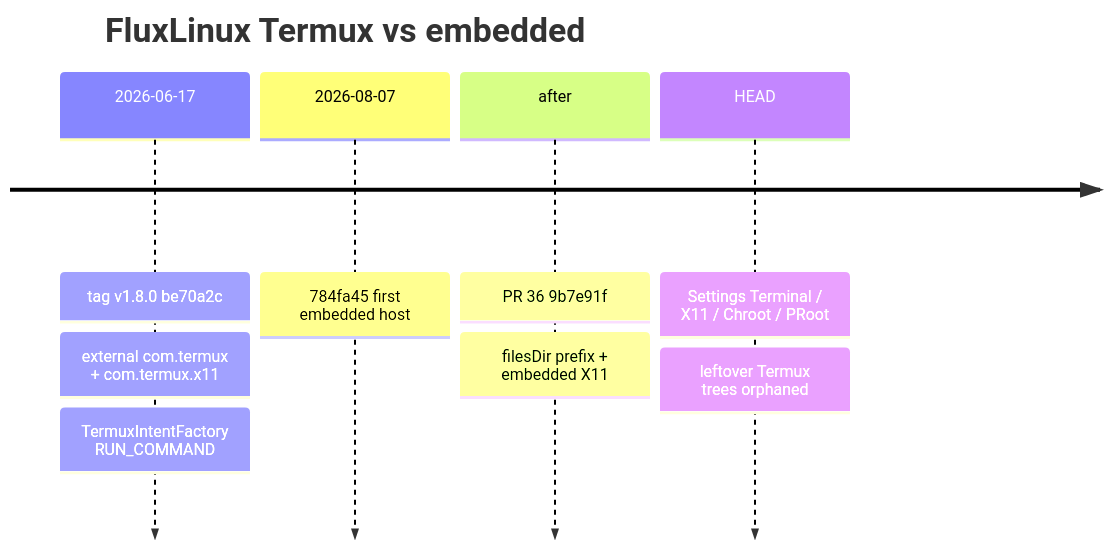
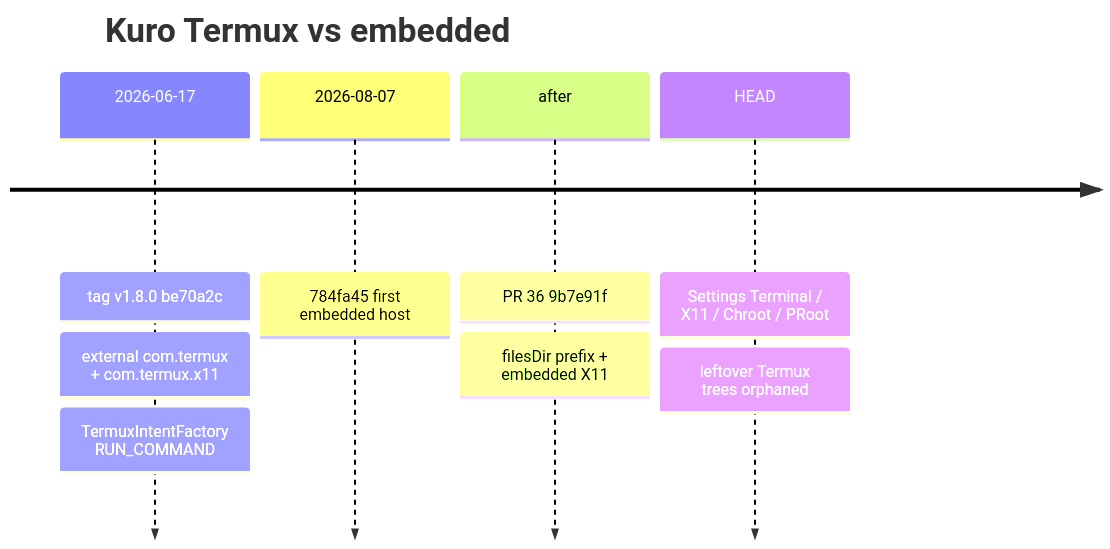
One commit to HakaI963/kuro changed the first of 2 diagrams in docs/plans/legacy-termux-proot-settings.md. Above: the diagram before and after it, drawn with Mermaid. The commit also changed other lines of this file and 573 other files, not shown here.

````diff
--- a/docs/plans/legacy-termux-proot-settings.md
+++ b/docs/plans/legacy-termux-proot-settings.md
@@ -69,12 +69,12 @@
 ```mermaid
 timeline
-    title FluxLinux Termux vs embedded
+    title Kuro Termux vs embedded
     2026-06-17 : tag v1.8.0 be70a2c
                : external com.termux + com.termux.x11
                : TermuxIntentFactory RUN_COMMAND
     2026-08-07 : 784fa45 first embedded host
     after      : PR 36 9b7e91f
                : filesDir prefix + embedded X11
     HEAD       : Settings Terminal / X11 / Chroot / PRoot
                : leftover Termux trees orphaned
 ```
````
